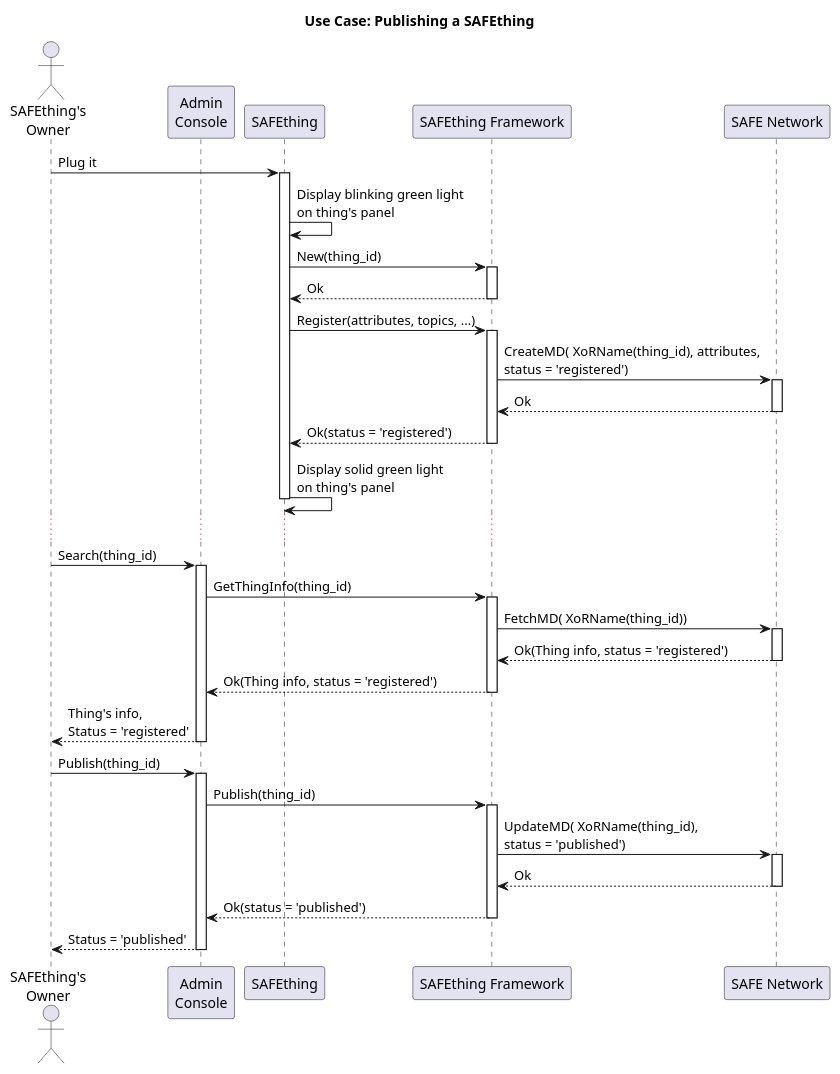
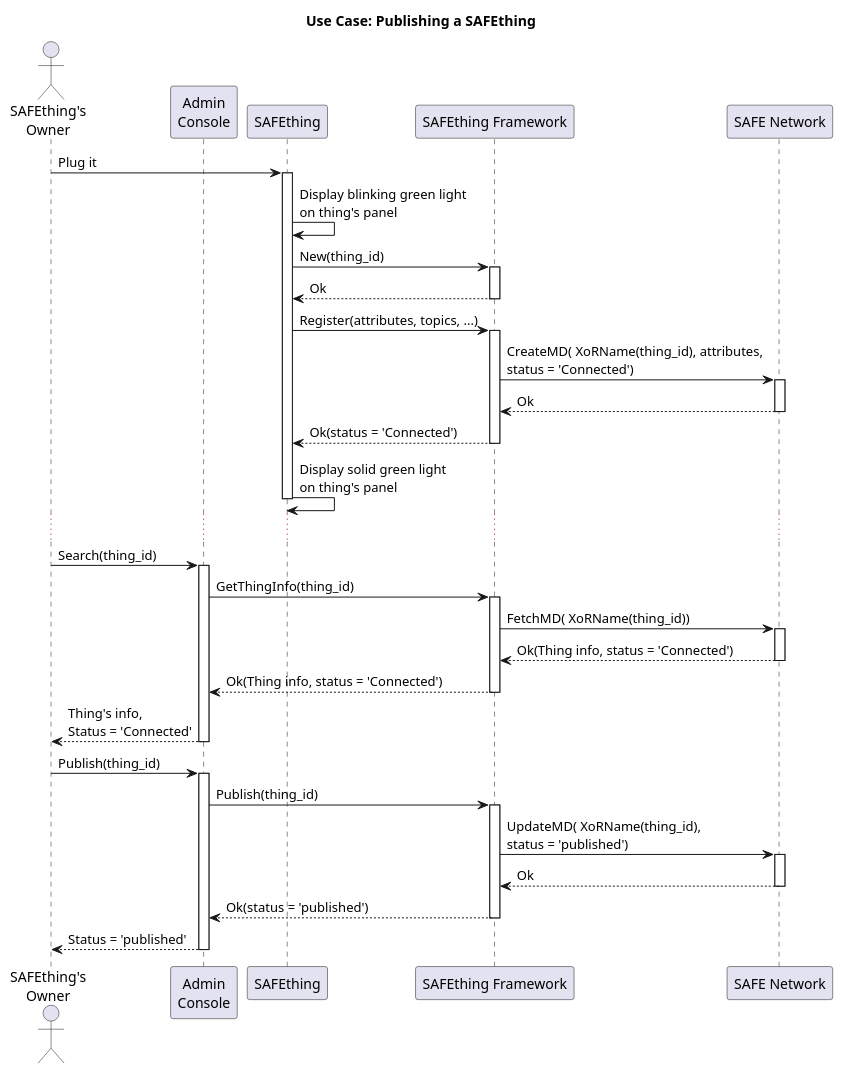
The diagram in misc/UC_register_and_publish.plantuml (bochaco/safe_thing), drawn with PlantUML before and after one commit. The commit also changed 7 other files, not shown here.

```diff
--- a/misc/UC_register_and_publish.plantuml
+++ b/misc/UC_register_and_publish.plantuml
@@ -1,72 +1,72 @@
 @startuml
 title **Use Case: Publishing a SAFEthing**
 
 actor "SAFEthing's\nOwner" as owner
 participant "Admin\nConsole" as admin
 participant SAFEthing as thing
 participant "SAFEthing Framework" as framework
 participant "SAFE Network" as safenet
 
 owner -> thing: Plug it
 activate thing
 
 thing -> thing: Display blinking green light\non thing's panel
 thing -> framework: New(thing_id)
 activate framework
 
 thing <-- framework: Ok
 deactivate framework
 
 thing -> framework: Register(attributes, topics, ...)
 activate framework
 
-framework -> safenet: CreateMD( XoRName(thing_id), attributes,\nstatus = 'registered')
+framework -> safenet: CreateMD( XoRName(thing_id), attributes,\nstatus = 'Connected')
 activate safenet
 
 framework <-- safenet: Ok
 deactivate safenet
 
-thing <-- framework: Ok(status = 'registered')
+thing <-- framework: Ok(status = 'Connected')
 deactivate framework
 thing -> thing: Display solid green light\non thing's panel
 deactivate thing
 
 ...
 
 owner -> admin: Search(thing_id)
 activate admin
 
 admin -> framework: GetThingInfo(thing_id)
 activate framework
 
 framework -> safenet: FetchMD( XoRName(thing_id))
 activate safenet
 
-framework <-- safenet: Ok(Thing info, status = 'registered')
+framework <-- safenet: Ok(Thing info, status = 'Connected')
 deactivate safenet
 
-admin <-- framework: Ok(Thing info, status = 'registered')
+admin <-- framework: Ok(Thing info, status = 'Connected')
 deactivate framework
 
-owner <-- admin: Thing's info,\nStatus = 'registered'
+owner <-- admin: Thing's info,\nStatus = 'Connected'
 deactivate admin
 
 owner -> admin: Publish(thing_id)
 activate admin
 
 admin -> framework: Publish(thing_id)
 activate framework
 
 framework -> safenet: UpdateMD( XoRName(thing_id),\nstatus = 'published')
 activate safenet
 
 framework <-- safenet: Ok
 deactivate safenet
 
 admin <-- framework: Ok(status = 'published')
 deactivate framework
 
 owner <-- admin: Status = 'published'
 deactivate admin
 
 @enduml
```
